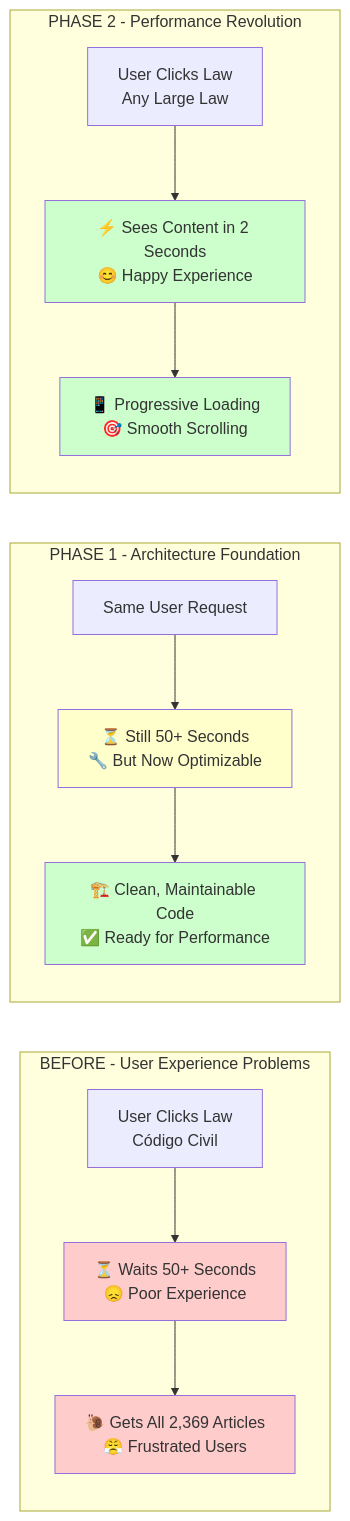
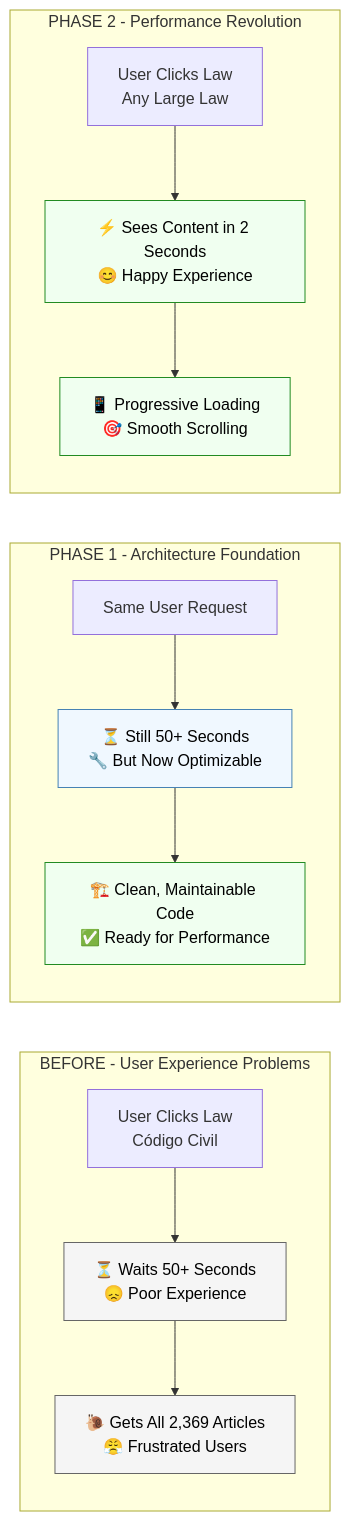
The first of 14 diagrams in docs/get_raw_law_refactor/LAW_DISPLAY_ARCHITECTURE_GUIDE.md (TodoLegal/TodoLegal), drawn with Mermaid before and after one commit. The commit also changed other lines of this file, not shown here.

````diff
--- a/docs/get_raw_law_refactor/LAW_DISPLAY_ARCHITECTURE_GUIDE.md
+++ b/docs/get_raw_law_refactor/LAW_DISPLAY_ARCHITECTURE_GUIDE.md
@@ -16,24 +16,24 @@
 ```mermaid
 graph LR
     subgraph "BEFORE - User Experience Problems"
         A1[User Clicks Law<br/>Código Civil] --> B1[⏳ Waits 50+ Seconds<br/>😞 Poor Experience]
         B1 --> C1[🐌 Gets All 2,369 Articles<br/>😤 Frustrated Users]
     end
     
     subgraph "PHASE 1 - Architecture Foundation"
         A2[Same User Request] --> B2[⏳ Still 50+ Seconds<br/>🔧 But Now Optimizable]
         B2 --> C2[🏗️ Clean, Maintainable Code<br/>✅ Ready for Performance]
     end
     
     subgraph "PHASE 2 - Performance Revolution"
         A3[User Clicks Law<br/>Any Large Law] --> B3[⚡ Sees Content in 2 Seconds<br/>😊 Happy Experience]
         B3 --> C3[📱 Progressive Loading<br/>🎯 Smooth Scrolling]
     end
     
-    style B1 fill:#ffcccc
-    style C1 fill:#ffcccc
-    style B2 fill:#ffffcc
-    style C2 fill:#ccffcc
-    style B3 fill:#ccffcc
-    style C3 fill:#ccffcc
+    style B1 fill:#f5f5f5,stroke:#666666,color:#000000
+    style C1 fill:#f5f5f5,stroke:#666666,color:#000000
+    style B2 fill:#f0f8ff,stroke:#4682b4,color:#000000
+    style C2 fill:#f0fff0,stroke:#228b22,color:#000000
+    style B3 fill:#f0fff0,stroke:#228b22,color:#000000
+    style C3 fill:#f0fff0,stroke:#228b22,color:#000000
 ```
````
